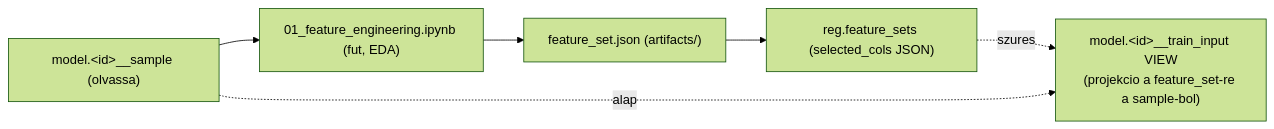
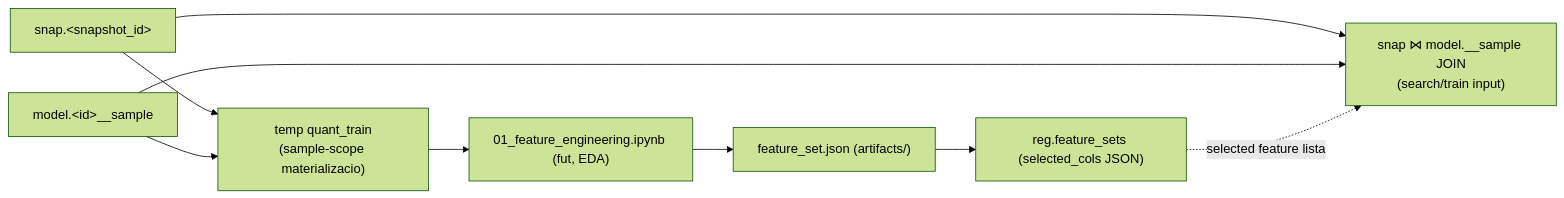
The fourth of 10 diagrams in _doc_/database_and_code_doc/0004_model_lifecycle.md (Nemesis14/chronoquant), drawn with Mermaid (forest theme) before and after one commit. The commit also changed other lines of this file and 170 other files, not shown here.

````diff
--- a/_doc_/database_and_code_doc/0004_model_lifecycle.md
+++ b/_doc_/database_and_code_doc/0004_model_lifecycle.md
@@ -100,12 +106,16 @@
 ```mermaid
 flowchart LR
-  SAMP["model.&lt;id&gt;__sample (olvassa)"]
+  SNAP["snap.&lt;snapshot_id&gt;"]
+  SAMP["model.&lt;id&gt;__sample"]
   FE_NB["01_feature_engineering.ipynb (fut, EDA)"]
+  TEMP["temp quant_train\n(sample-scope materializacio)"]
   FS_JSON["feature_set.json (artifacts/)"]
   FS_REG["reg.feature_sets (selected_cols JSON)"]
-  TRAIN_V["model.&lt;id&gt;__train_input VIEW\n(projekcio a feature_set-re a sample-bol)"]
+  JOIN["snap ⋈ model.__sample JOIN\n(search/train input)"]
 
-  SAMP --> FE_NB --> FS_JSON --> FS_REG
-  FS_REG -.->|"szures"| TRAIN_V
-  SAMP -.->|"alap"| TRAIN_V
+  SNAP --> TEMP
+  SAMP --> TEMP --> FE_NB --> FS_JSON --> FS_REG
+  SNAP --> JOIN
+  SAMP --> JOIN
+  FS_REG -.->|"selected feature lista"| JOIN
 ```
````
